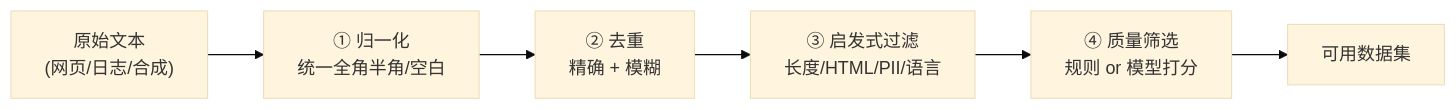
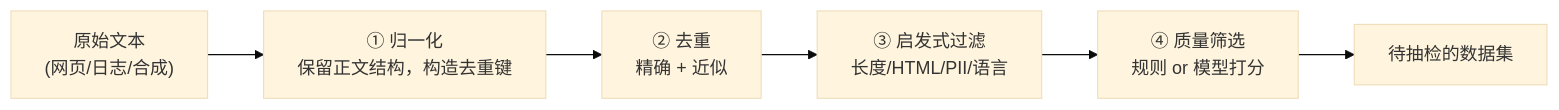
The diagram in 2. Alignment 与训练工程/3. 数据工程——数据从哪来、怎么洗、怎么配比.md (AI-learning-simple/Build-Your-Own-LLM), drawn with Mermaid (base theme) before and after one commit. The commit also changed other lines of this file and 27 other files, not shown here.

````diff
--- a/2. Alignment 与训练工程/3. 数据工程——数据从哪来、怎么洗、怎么配比.md
+++ b/2. Alignment 与训练工程/3. 数据工程——数据从哪来、怎么洗、怎么配比.md
@@ -51,8 +50,8 @@
 ```mermaid
 flowchart LR
-    A["原始文本<br/>(网页/日志/合成)"] --> B["① 归一化<br/>统一全角半角/空白"]
-    B --> C["② 去重<br/>精确 + 模糊"]
+    A["原始文本<br/>(网页/日志/合成)"] --> B["① 归一化<br/>保留正文结构，构造去重键"]
+    B --> C["② 去重<br/>精确 + 近似"]
     C --> D["③ 启发式过滤<br/>长度/HTML/PII/语言"]
     D --> E["④ 质量筛选<br/>规则 or 模型打分"]
-    E --> F["可用数据集"]
+    E --> F["待抽检的数据集"]
 ```
````
